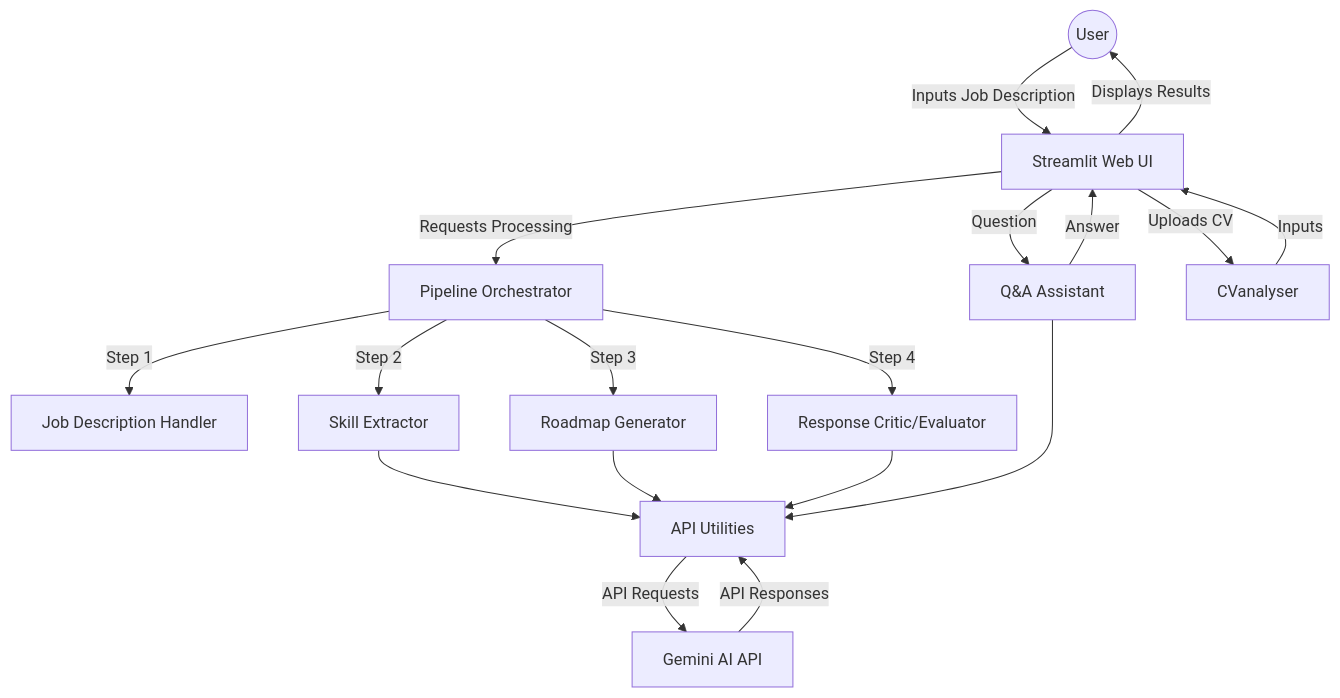
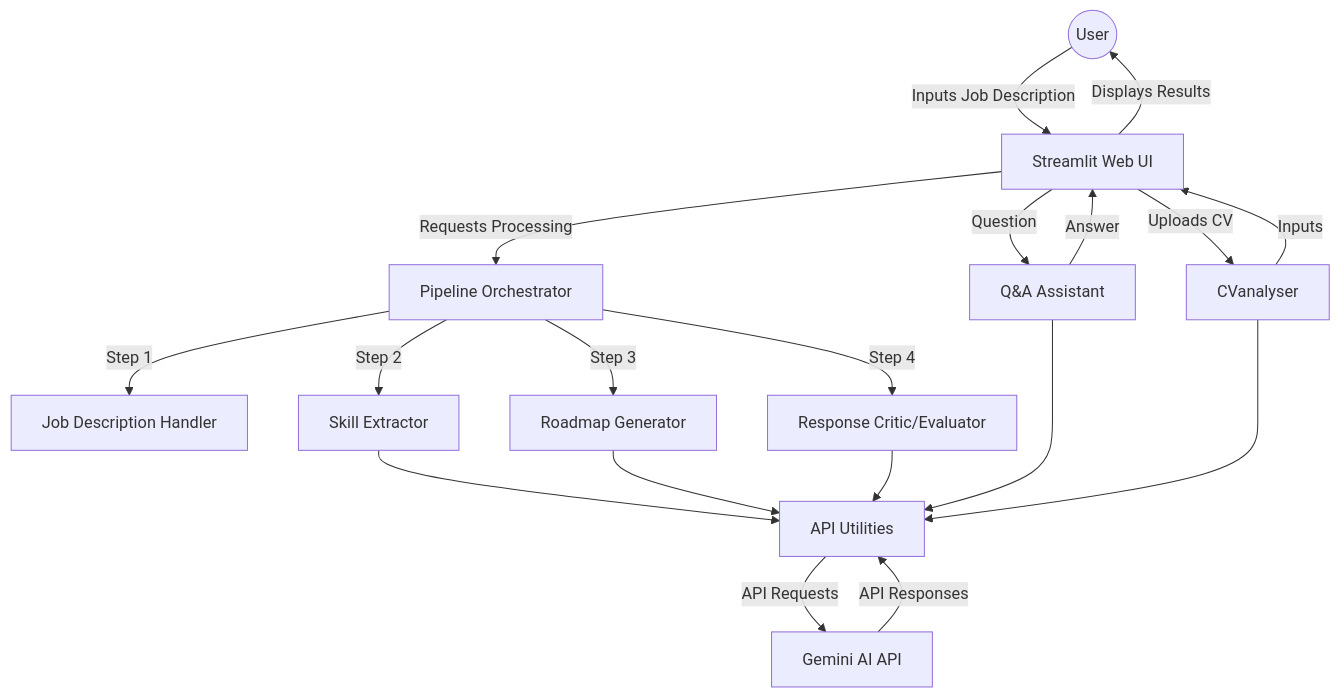
Before and after one commit to hrishirajmitra/Job-Helper: the first of 3 diagrams in README.md, drawn with Mermaid.

````diff
--- a/README.md
+++ b/README.md
@@ -29,20 +29,21 @@
 ```mermaid
 graph TD
     User((User)) -->|Inputs Job Description| WebUI[Streamlit Web UI]
     WebUI -->|Displays Results| User
     WebUI -->|Requests Processing| Pipeline[Pipeline Orchestrator]
     Pipeline -->|Step 1| JDHandler[Job Description Handler]
     Pipeline -->|Step 2| SkillExtractor[Skill Extractor]
     Pipeline -->|Step 3| RoadmapGen[Roadmap Generator]
     Pipeline -->|Step 4| ResponseCritic[Response Critic/Evaluator]
     SkillExtractor --> APIUtils[API Utilities]
     RoadmapGen --> APIUtils
     ResponseCritic --> APIUtils
     QAAssistant --> APIUtils
     APIUtils -->|API Requests| GeminiAPI[Gemini AI API]
     GeminiAPI -->|API Responses| APIUtils
     WebUI -->|Question| QAAssistant[Q&A Assistant]
     QAAssistant -->|Answer| WebUI
     WebUI --> |Uploads CV| CVanalyser
     CVanalyser --> |Inputs| WebUI
+    CVanalyser --> APIUtils
 ```
````
